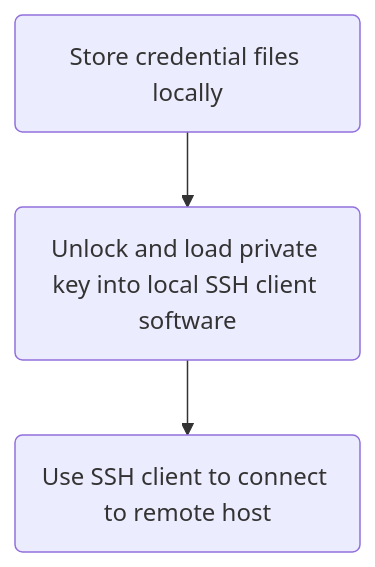
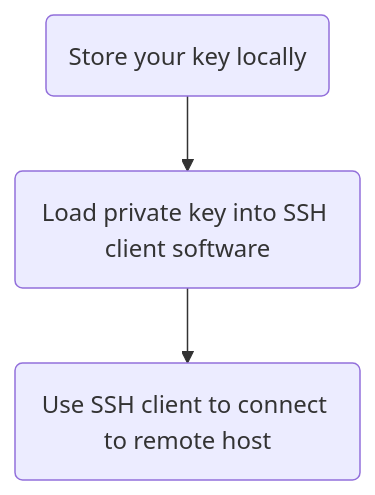
One commit to cedadev/jasmin-workshop changed the diagram in exercises/ex00/README.md. Above: the diagram before and after it, drawn with Mermaid. The commit also changed other lines of this file, not shown here.

````diff
--- a/exercises/ex00/README.md
+++ b/exercises/ex00/README.md
@@ -49,6 +49,6 @@
    ```mermaid
    flowchart TD
-      id1(Store credential files locally) 
-      --> id2(Unlock and load private key into local SSH client software)
+      id1(Store your key locally) 
+      --> id2(Load private key into SSH client software)
       --> id3(Use SSH client to connect to remote host)
    ```
````
